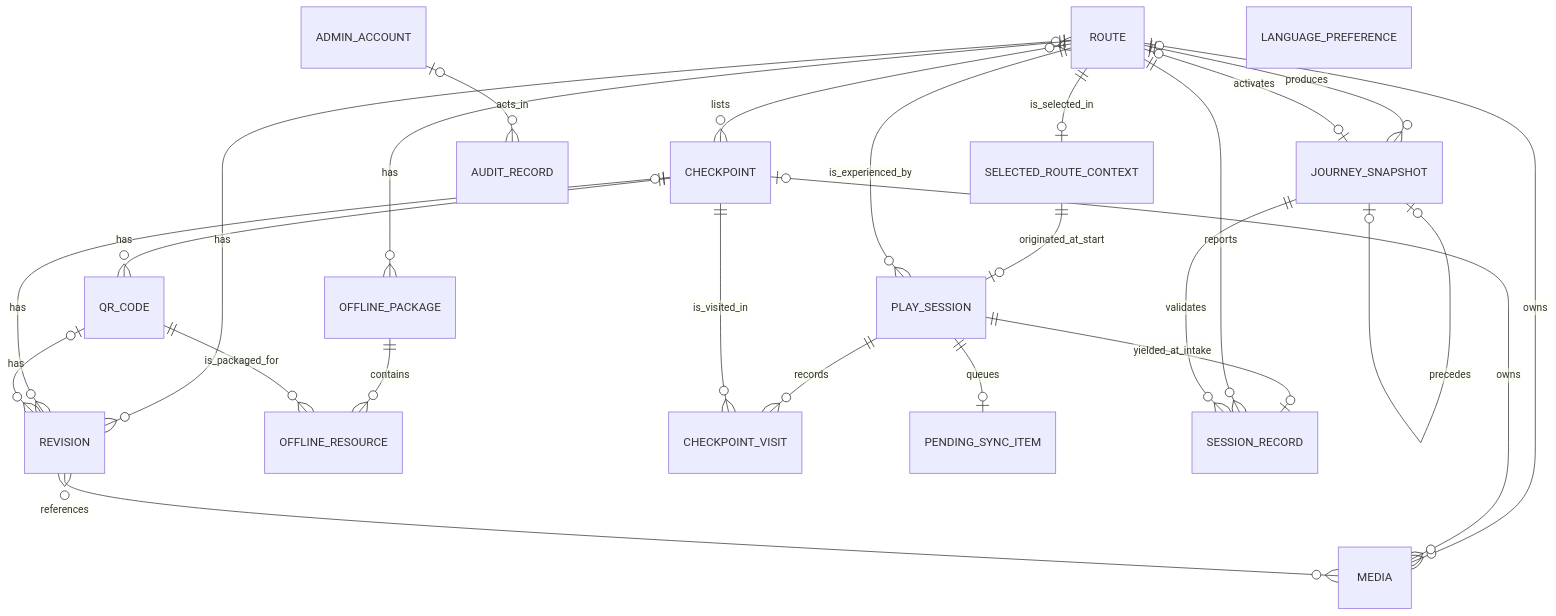
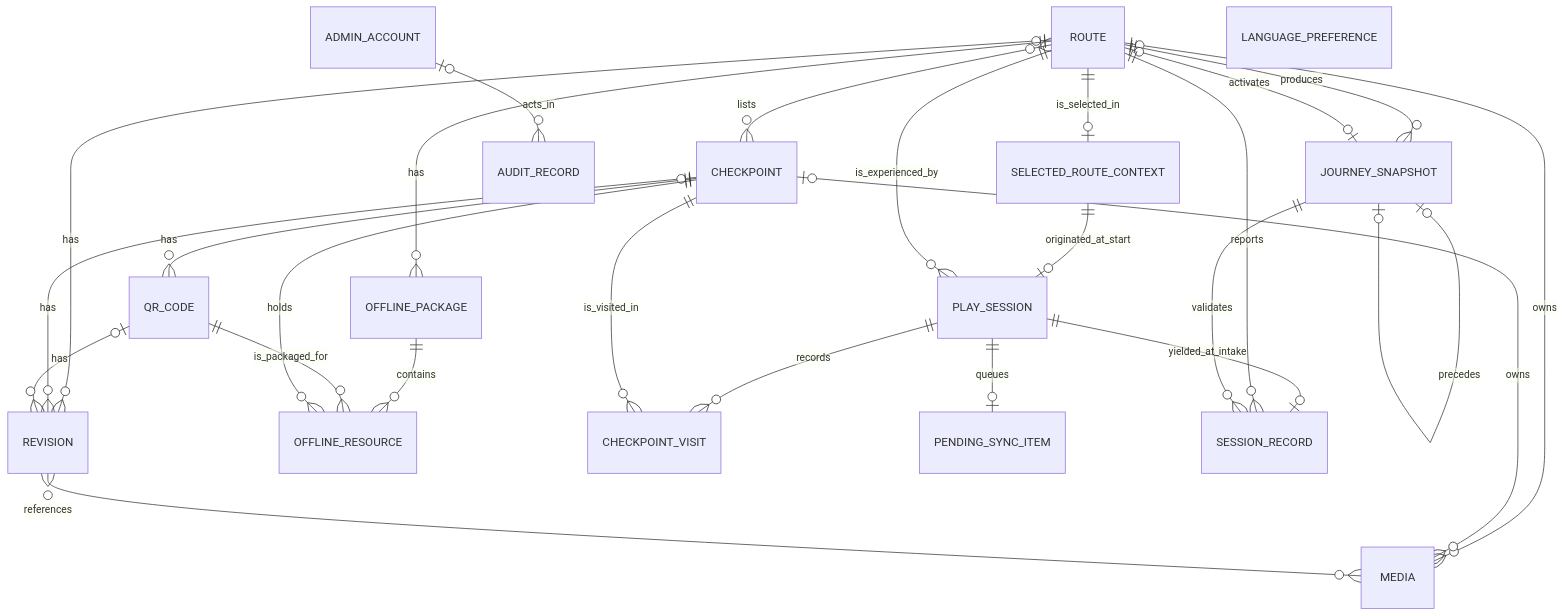
One commit to MckhueVanPhuc/Refactor-Cuc-Phuong changed the diagram in data/03-erd.mmd. Above: the diagram before and after it, drawn with Mermaid. The commit also changed 46 other files, not shown here.

First line of the commit message:
docs: rebaseline V2 specs, function lists, architecture, screens and data

```diff
--- a/data/03-erd.mmd
+++ b/data/03-erd.mmd
@@ -1,34 +1,35 @@
 erDiagram
     ROUTE }o--o{ CHECKPOINT : lists
     CHECKPOINT ||--o{ QR_CODE : has
     ROUTE o|--o{ MEDIA : owns
     CHECKPOINT o|--o{ MEDIA : owns
 
     ROUTE o|--o{ REVISION : has
     CHECKPOINT o|--o{ REVISION : has
     QR_CODE o|--o{ REVISION : has
     REVISION }o--o{ MEDIA : references
 
     ROUTE ||--o{ JOURNEY_SNAPSHOT : produces
     ROUTE o|--o| JOURNEY_SNAPSHOT : activates
     JOURNEY_SNAPSHOT o|--o| JOURNEY_SNAPSHOT : precedes
 
     ADMIN_ACCOUNT o|--o{ AUDIT_RECORD : acts_in
 
     ROUTE ||--o| SELECTED_ROUTE_CONTEXT : is_selected_in
     ROUTE ||--o{ OFFLINE_PACKAGE : has
     OFFLINE_PACKAGE ||--o{ OFFLINE_RESOURCE : contains
     QR_CODE ||--o{ OFFLINE_RESOURCE : is_packaged_for
+    CHECKPOINT ||--o{ OFFLINE_RESOURCE : holds
 
     SELECTED_ROUTE_CONTEXT ||--o| PLAY_SESSION : originated_at_start
     ROUTE ||--o{ PLAY_SESSION : is_experienced_by
     PLAY_SESSION ||--o{ CHECKPOINT_VISIT : records
     CHECKPOINT ||--o{ CHECKPOINT_VISIT : is_visited_in
     PLAY_SESSION ||--o| PENDING_SYNC_ITEM : queues
 
     PLAY_SESSION ||--o| SESSION_RECORD : yielded_at_intake
     ROUTE ||--o{ SESSION_RECORD : reports
     JOURNEY_SNAPSHOT ||--o{ SESSION_RECORD : validates
 
     LANGUAGE_PREFERENCE {
     }
```
